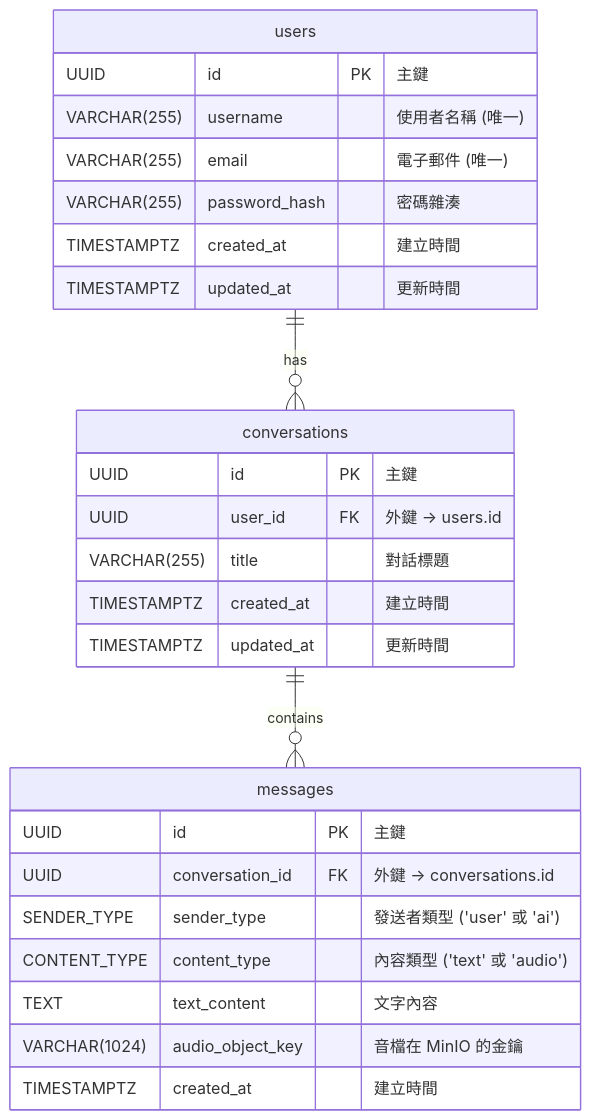
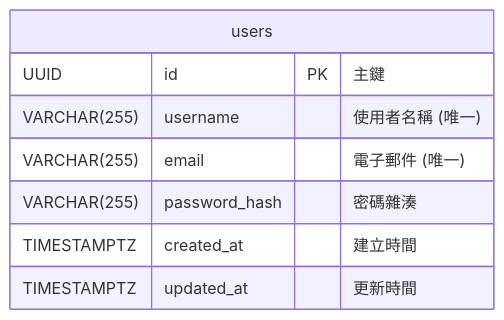
The diagram in document/database/PostgreSQL.md (allen8196/beloved_grandson), drawn with Mermaid before and after one commit. The commit also changed other lines of this file, not shown here.

````diff
--- a/document/database/PostgreSQL.md
+++ b/document/database/PostgreSQL.md
@@ -16,33 +16,11 @@
 ```mermaid
 erDiagram
     users {
         UUID id PK "主鍵"
         VARCHAR(255) username "使用者名稱 (唯一)"
         VARCHAR(255) email "電子郵件 (唯一)"
         VARCHAR(255) password_hash "密碼雜湊"
         TIMESTAMPTZ created_at "建立時間"
         TIMESTAMPTZ updated_at "更新時間"
     }
-
-    conversations {
-        UUID id PK "主鍵"
-        UUID user_id FK "外鍵 -> users.id"
-        VARCHAR(255) title "對話標題"
-        TIMESTAMPTZ created_at "建立時間"
-        TIMESTAMPTZ updated_at "更新時間"
-    }
-
-    messages {
-        UUID id PK "主鍵"
-        UUID conversation_id FK "外鍵 -> conversations.id"
-        SENDER_TYPE sender_type "發送者類型 ('user' 或 'ai')"
-        CONTENT_TYPE content_type "內容類型 ('text' 或 'audio')"
-        TEXT text_content "文字內容"
-        VARCHAR(1024) audio_object_key "音檔在 MinIO 的金鑰"
-        TIMESTAMPTZ created_at "建立時間"
-    }
-
-    users ||--o{ conversations : "has"
-    conversations ||--o{ messages : "contains"
-
 ```
````
